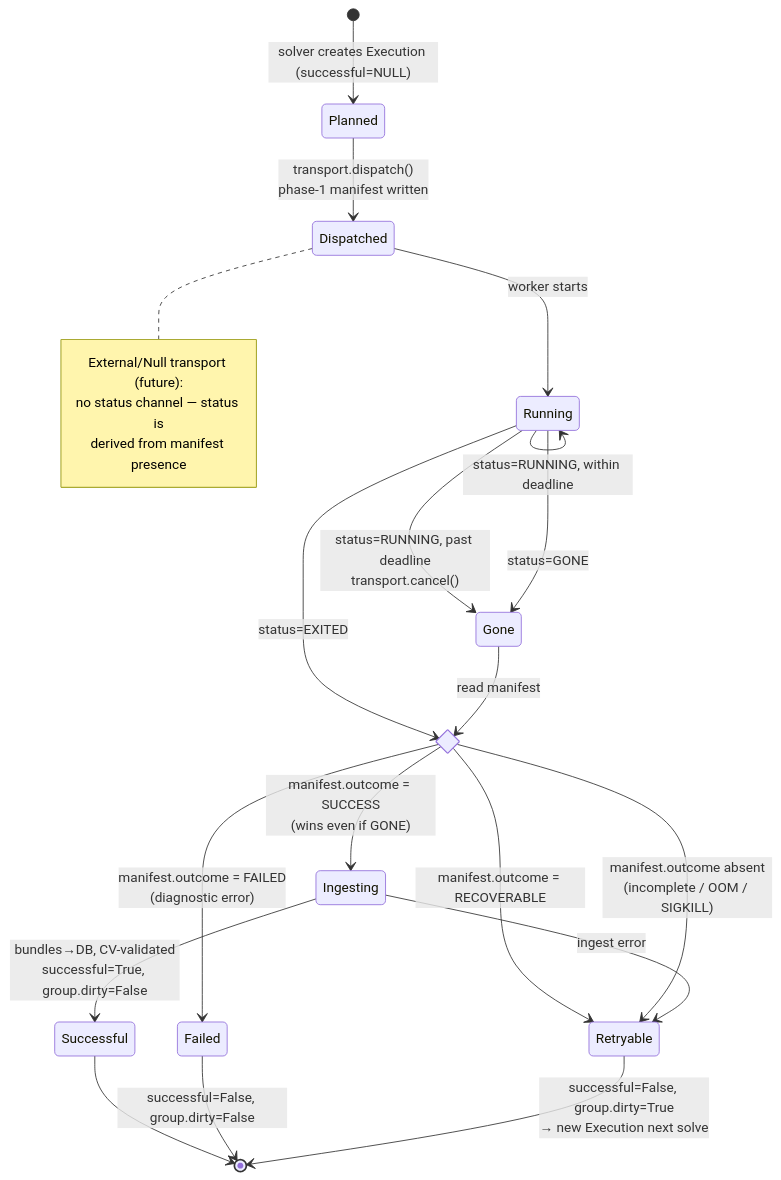
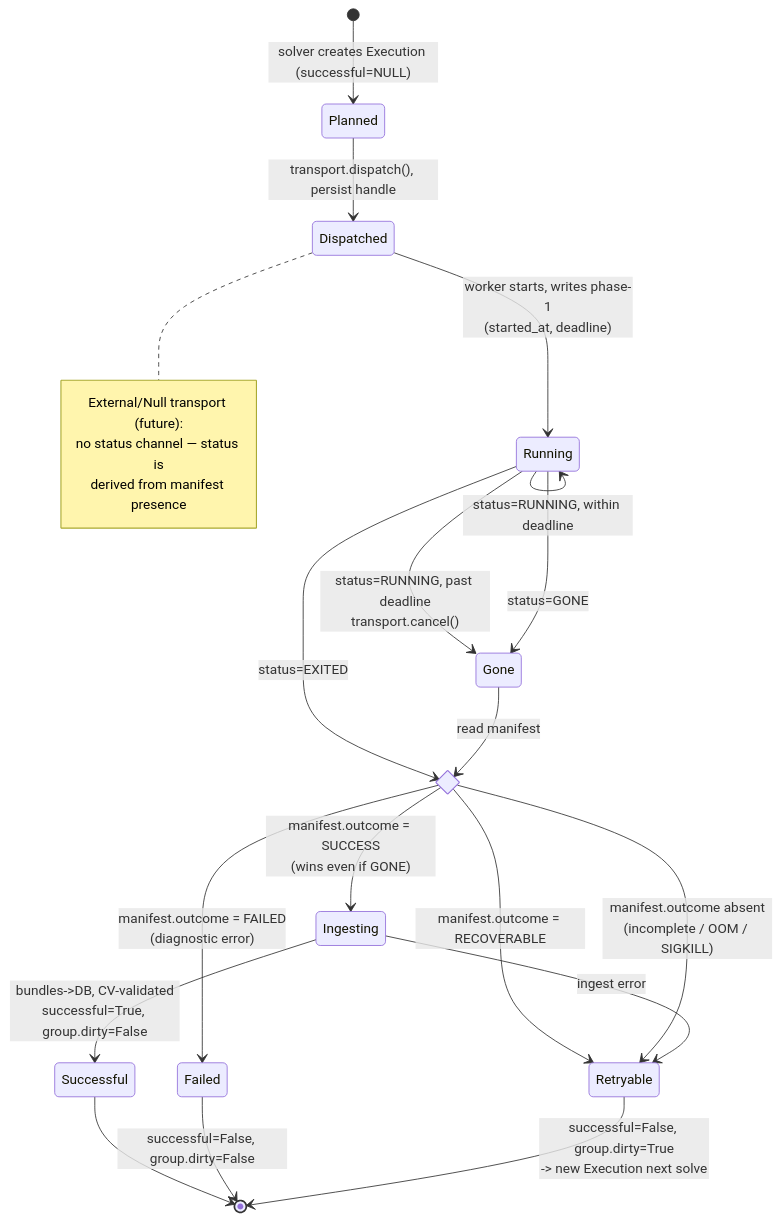
Before and after one commit to Climate-REF/rfcs: the diagram in text/0003-execution-lifecycle.md, drawn with Mermaid. The commit also changed other lines of this file, not shown here.

First line of the commit message:
rfc(execution-lifecycle): add drop-dead deadline to the manifest

````diff
--- a/text/0003-execution-lifecycle.md
+++ b/text/0003-execution-lifecycle.md
@@ -265,32 +267,32 @@
 ```mermaid
 stateDiagram-v2
     [*] --> Planned: solver creates Execution (successful=NULL)
-    Planned --> Dispatched: transport.dispatch()<br/>phase-1 manifest written
-    Dispatched --> Running: worker starts
+    Planned --> Dispatched: transport.dispatch(), persist handle
+    Dispatched --> Running: worker starts, writes phase-1<br/>(started_at, deadline)
 
     Running --> Running: status=RUNNING, within deadline
     Running --> Gone: status=RUNNING, past deadline<br/>transport.cancel()
 
     state poll <<choice>>
     Running --> poll: status=EXITED
     Running --> Gone: status=GONE
     Gone --> poll: read manifest
 
     poll --> Ingesting: manifest.outcome = SUCCESS<br/>(wins even if GONE)
     poll --> Failed: manifest.outcome = FAILED<br/>(diagnostic error)
     poll --> Retryable: manifest.outcome = RECOVERABLE
     poll --> Retryable: manifest.outcome absent<br/>(incomplete / OOM / SIGKILL)
 
-    Ingesting --> Successful: bundles→DB, CV-validated<br/>successful=True, group.dirty=False
+    Ingesting --> Successful: bundles->DB, CV-validated<br/>successful=True, group.dirty=False
     Ingesting --> Retryable: ingest error
 
     Successful --> [*]
     Failed --> [*]: successful=False, group.dirty=False
-    Retryable --> [*]: successful=False, group.dirty=True<br/>→ new Execution next solve
+    Retryable --> [*]: successful=False, group.dirty=True<br/>-> new Execution next solve
 
     note right of Dispatched
         External/Null transport (future):
         no status channel — status is
         derived from manifest presence
     end note
 ```
````
